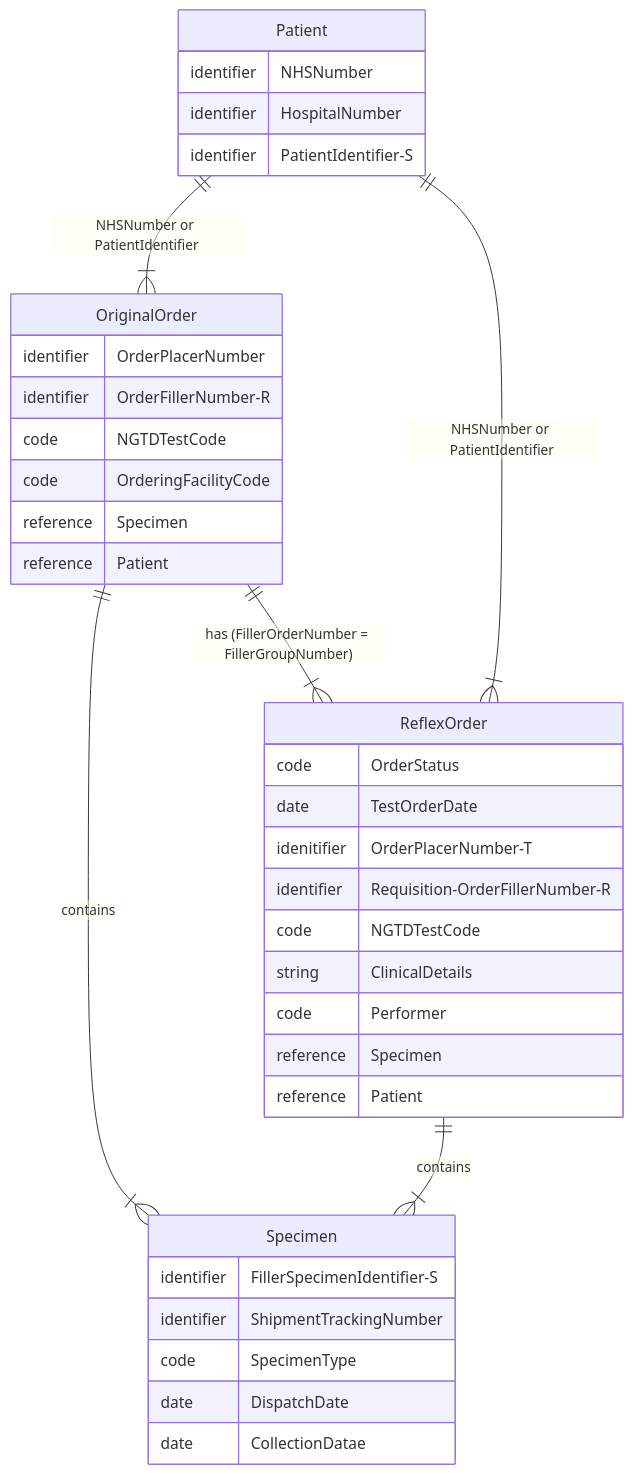
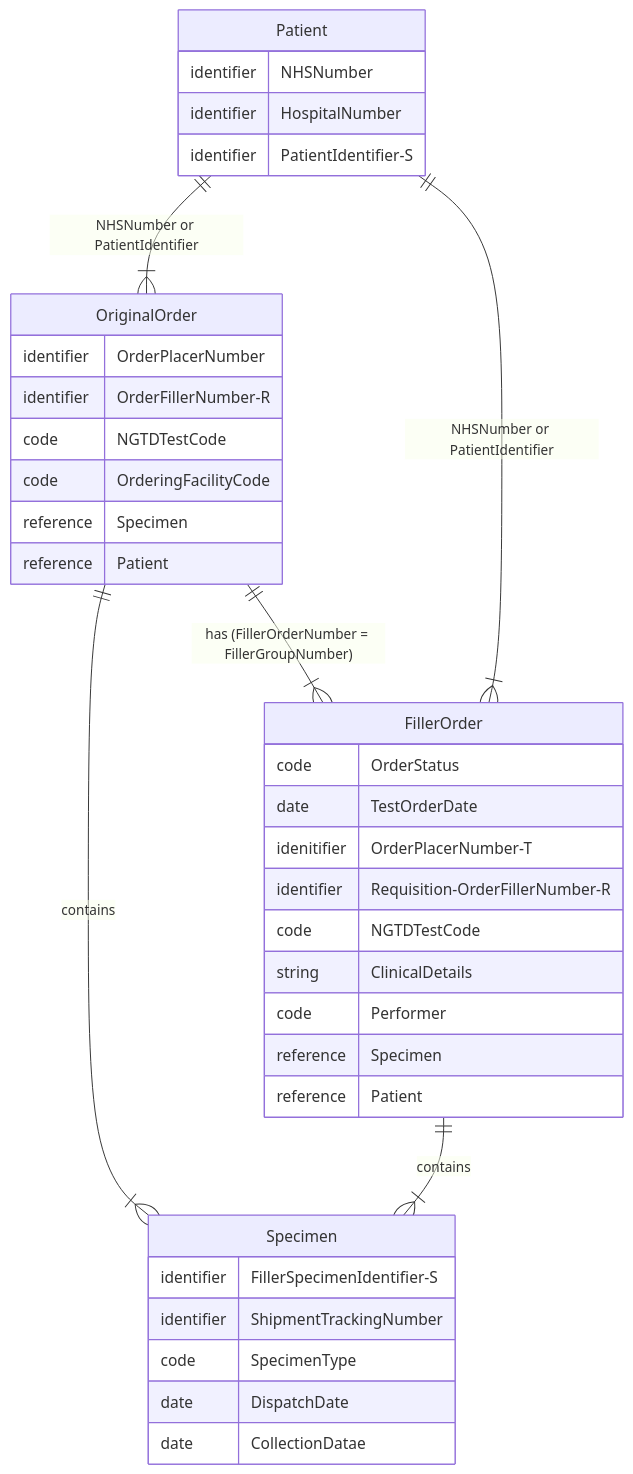
Before and after one commit to nw-gmsa/nw-gmsa.github.com: the diagram in input/pagecontent/filler-order.md, drawn with Mermaid.

Commit message:
ILW and TLW documentation

````diff
--- a/input/pagecontent/filler-order.md
+++ b/input/pagecontent/filler-order.md
@@ -3,44 +3,44 @@
 ```mermaid
 erDiagram
 
-  OriginalOrder ||--|{ ReflexOrder : "has (FillerOrderNumber = FillerGroupNumber)"
+  OriginalOrder ||--|{ FillerOrder : "has (FillerOrderNumber = FillerGroupNumber)"
   OriginalOrder ||--|{ Specimen : contains
-  ReflexOrder ||--|{ Specimen : contains
+  FillerOrder ||--|{ Specimen : contains
   Patient ||--|{ OriginalOrder : "NHSNumber or PatientIdentifier"
-  Patient ||--|{ ReflexOrder : "NHSNumber or PatientIdentifier" 
+  Patient ||--|{ FillerOrder : "NHSNumber or PatientIdentifier" 
 
   OriginalOrder {
     identifier OrderPlacerNumber
     identifier OrderFillerNumber-R
     code NGTDTestCode
     code OrderingFacilityCode
     reference Specimen
     reference Patient
   }
 
-  ReflexOrder {
+  FillerOrder {
     code OrderStatus
     date TestOrderDate
     idenitifier OrderPlacerNumber-T
     identifier Requisition-OrderFillerNumber-R
     code NGTDTestCode
     string ClinicalDetails
     code Performer
     reference Specimen
     reference Patient
   }
 
   Patient {
     identifier NHSNumber
     identifier HospitalNumber
     identifier PatientIdentifier-S
   }
 
   Specimen {
     identifier FillerSpecimenIdentifier-S
     identifier ShipmentTrackingNumber
     code SpecimenType
     date DispatchDate
     date CollectionDatae
   }
 ```
````
